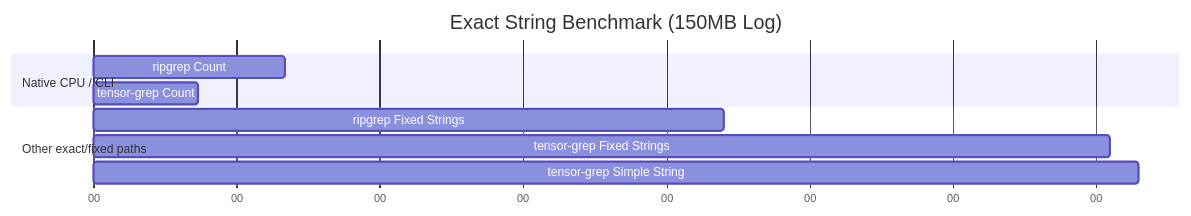
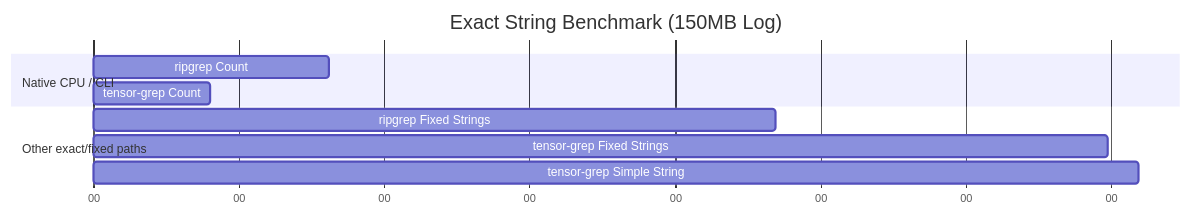
Before and after one commit to oimiragieo/tensor-grep: the third of 3 diagrams in docs/PAPER.md, drawn with Mermaid. The commit also changed other lines of this file and 20 other files, not shown here.

````diff
--- a/docs/PAPER.md
+++ b/docs/PAPER.md
@@ -124,15 +124,15 @@
 ```mermaid
 gantt
     title Exact String Benchmark (150MB Log)
     dateFormat  s
     axisFormat %S
     
     section Native CPU / CLI
-    ripgrep Count              :a1, 0, 0.134s
-    tensor-grep Count          :a2, 0, 0.073s
+    ripgrep Count              :a1, 0, 0.162s
+    tensor-grep Count          :a2, 0, 0.080s
     
     section Other exact/fixed paths
-    ripgrep Fixed Strings      :a3, 0, 0.440s
-    tensor-grep Fixed Strings  :a4, 0, 0.710s
-    tensor-grep Simple String  :a5, 0, 0.730s
+    ripgrep Fixed Strings      :a3, 0, 0.469s
+    tensor-grep Fixed Strings  :a4, 0, 0.698s
+    tensor-grep Simple String  :a5, 0, 0.719s
 ```
````
